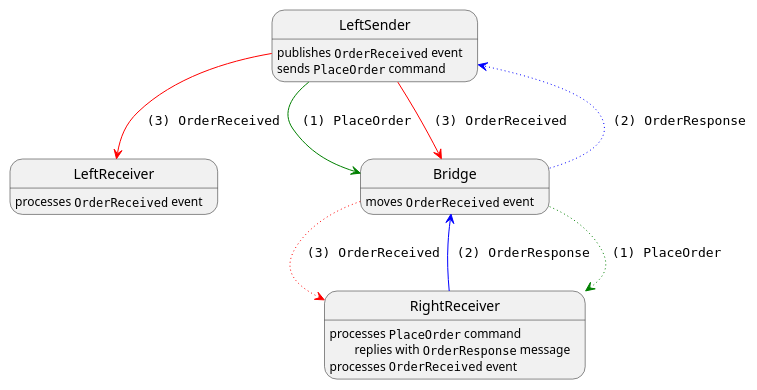
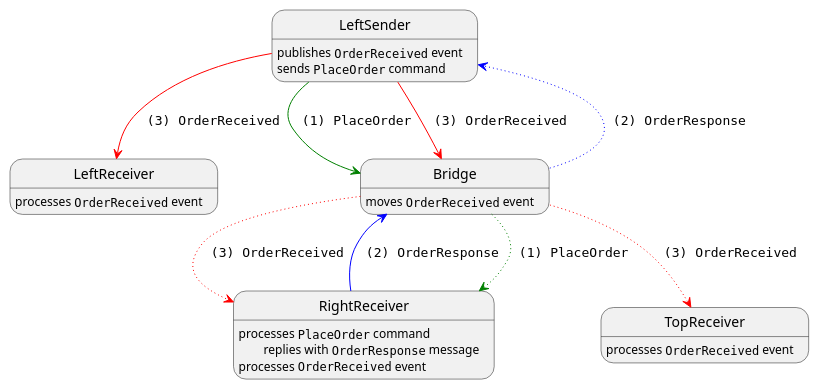
The first of 3 diagrams in README.md (rioka/nsb-bridge-experiments), drawn with PlantUML before and after one commit. The commit also changed other lines of this file, not shown here.

````diff
--- a/README.md
+++ b/README.md
@@ -3,28 +3,31 @@
 ```puml
 @startuml
 
 LeftReceiver: processes ""OrderReceived"" event
 
 LeftSender: publishes ""OrderReceived"" event
 LeftSender: sends ""PlaceOrder"" command
 
 RightReceiver: processes ""PlaceOrder"" command\n\treplies with ""OrderResponse"" message
 
 RightReceiver: processes ""OrderReceived"" event
+
+TopReceiver: processes ""OrderReceived"" event
 
 Bridge: moves ""OrderReceived"" event
 
 ' workflow
 LeftSender -[#green]-> Bridge : "" (1) PlaceOrder""
 Bridge -[#green,dotted]-> RightReceiver : "" (1) PlaceOrder""
 
 RightReceiver -[#blue]-> Bridge : "" (2) OrderResponse""
 Bridge -[#blue,dotted]-> LeftSender : "" (2) OrderResponse""
 
 LeftSender -[#red]-> LeftReceiver : "" (3) OrderReceived""
 LeftSender -[#red]-> Bridge : "" (3) OrderReceived""
 
 Bridge -[#red,dotted]-> RightReceiver : "" (3) OrderReceived""
+Bridge -[#red,dotted]-> TopReceiver : "" (3) OrderReceived""
 
 @enduml
 ```
````
